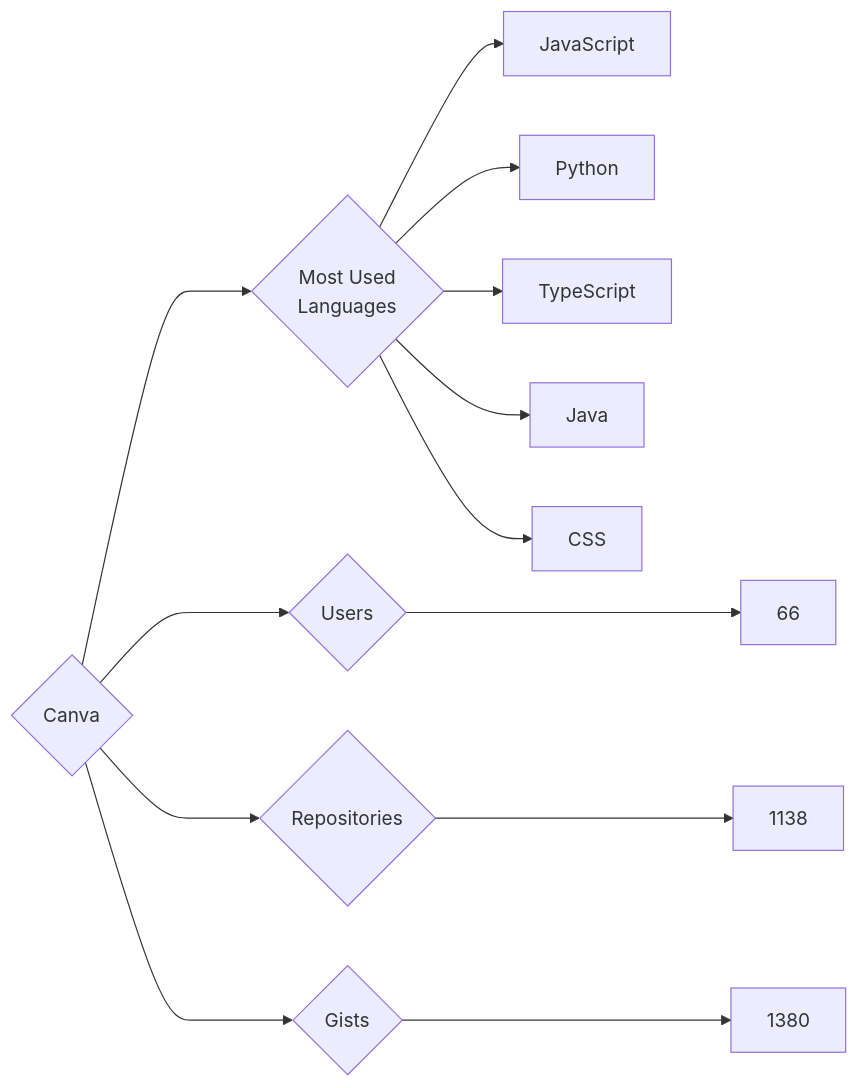
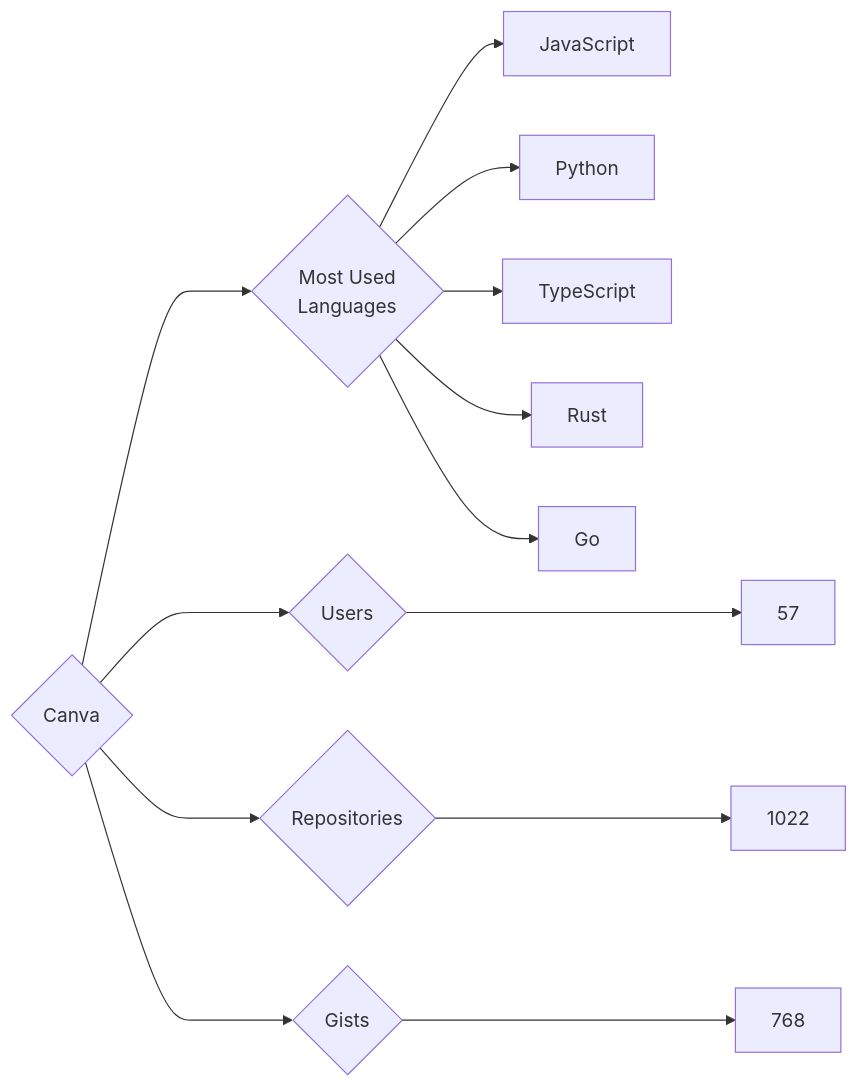
The diagram in targets/Canva/README.md (trickest/insiders), drawn with Mermaid before and after one commit. The commit also changed 914 other files, not shown here.

````diff
--- a/targets/Canva/README.md
+++ b/targets/Canva/README.md
@@ -3,13 +3,13 @@
 ```mermaid
 graph LR
 COMPANY_NAME{Canva}
-COMPANY_NAME ---> U{Users} ---> UN[66]
-COMPANY_NAME ---> R{Repositories} ---> RN[1138]
-COMPANY_NAME ---> G{Gists} ---> GN[1380]
+COMPANY_NAME ---> U{Users} ---> UN[57]
+COMPANY_NAME ---> R{Repositories} ---> RN[1022]
+COMPANY_NAME ---> G{Gists} ---> GN[768]
 COMPANY_NAME ---> ML{Most Used<br>Languages}
 ML --> JavaScript[JavaScript]
 ML --> Python[Python]
 ML --> TypeScript[TypeScript]
-ML --> Java[Java]
-ML --> CSS[CSS]
+ML --> Rust[Rust]
+ML --> Go[Go]
 ```
````
